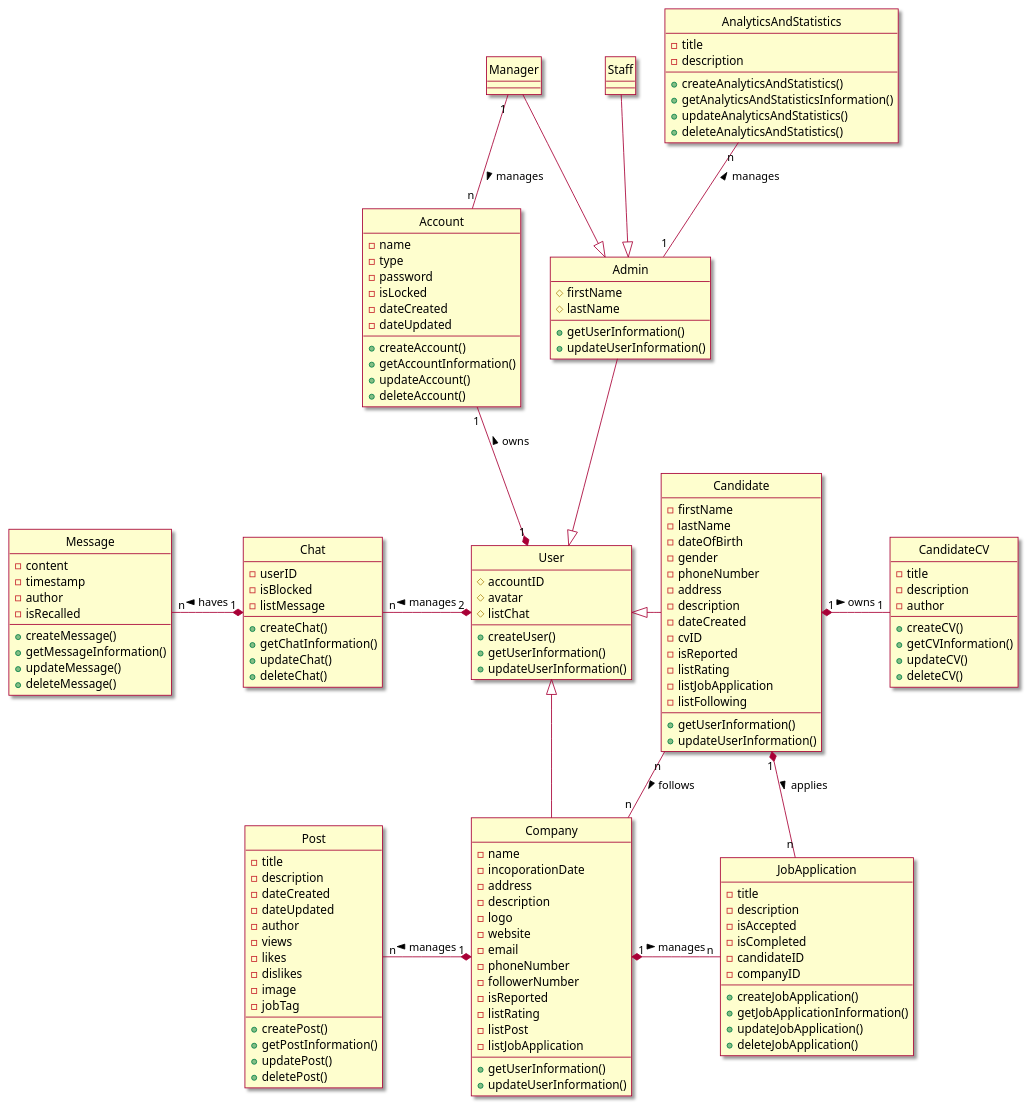
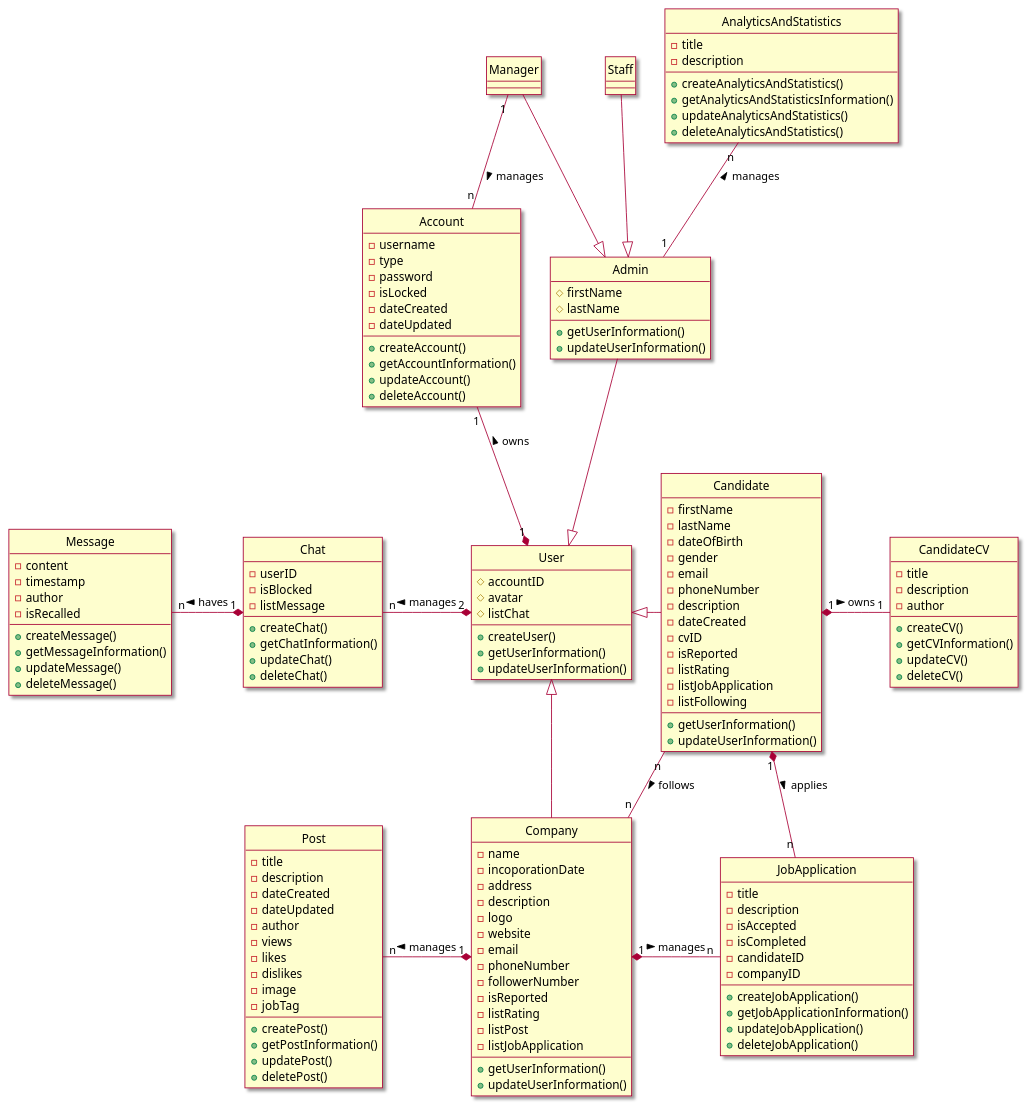
One commit to Griselda4774/EAS-EmploymentAssistanceSystem changed the diagram in Lab1/Lab 1.2 Diagram/Class/FileUML/ClassDiagram.puml. Above: the diagram before and after it, drawn with PlantUML. The commit also changed 3 other files, not shown here.

Commit message:
Update some diagram

```diff
--- a/Lab1/Lab 1.2 Diagram/Class/FileUML/ClassDiagram.puml
+++ b/Lab1/Lab 1.2 Diagram/Class/FileUML/ClassDiagram.puml
@@ -1,165 +1,165 @@
 @startuml ClassDiagram
 
 hide circle
 skin rose
 
 class Account {
-    -name
+    -username
     -type
     -password
     -isLocked
     -dateCreated
     -dateUpdated
     +createAccount()
     +getAccountInformation()
     +updateAccount()
     +deleteAccount()
 }
 
 class User {
     #accountID
     #avatar
     #listChat
     +createUser()
     +getUserInformation()
     +updateUserInformation()
 }
 
 class Admin {
     #firstName
     #lastName
     +getUserInformation()
     +updateUserInformation()
 }
 
 class Candidate {
     -firstName
     -lastName
     -dateOfBirth
     -gender
+    -email
     -phoneNumber
-    -address
     -description
     -dateCreated
     -cvID
     -isReported
     -listRating
     -listJobApplication
     -listFollowing
     +getUserInformation()
     +updateUserInformation()
 }
 
 class Company {
     -name
     -incoporationDate
     -address
     -description
     -logo
     -website
     -email
     -phoneNumber
     -followerNumber
     -isReported
     -listRating
     -listPost
     -listJobApplication
     +getUserInformation()
     +updateUserInformation()
 }
 
 class Staff {
 
 }
 
 class Manager {
 
 }
 
 class Post {
     -title
     -description
     -dateCreated
     -dateUpdated
     -author
     -views
     -likes
     -dislikes
     -image
     -jobTag
     +createPost()
     +getPostInformation()
     +updatePost()
     +deletePost()
 }
 
 class CandidateCV {
     -title
     -description
     -author
     +createCV()
     +getCVInformation()
     +updateCV()
     +deleteCV()
 }
 
 class JobApplication {
     -title
     -description
     -isAccepted
     -isCompleted
     -candidateID
     -companyID
     +createJobApplication()
     +getJobApplicationInformation()
     +updateJobApplication()
     +deleteJobApplication()
 }
 
 class Chat {
     -userID
     -isBlocked
     -listMessage
     +createChat()
     +getChatInformation()
     +updateChat()
     +deleteChat()
 }
 
 class Message {
     -content
     -timestamp
     -author
     -isRecalled
     +createMessage()
     +getMessageInformation()
     +updateMessage()
     +deleteMessage()
 }
 
 class AnalyticsAndStatistics {
     -title
     -description
     +createAnalyticsAndStatistics()
     +getAnalyticsAndStatisticsInformation()
     +updateAnalyticsAndStatistics()
     +deleteAnalyticsAndStatistics()
 }
 
 Account "1" --* "1" User: owns <
 Admin --|> User
 User <|-right- Candidate
 User <|-- Company
 Staff --|> Admin
 Manager --|> Admin
 AnalyticsAndStatistics "n" -- "1" Admin: manages <
 Manager "1" -- "n" Account: manages >
 Post "n" -right-* "1" Company: manages <
 Chat "n" -right-* "2" User: manages <
 Message "n" -right-* "1" Chat: haves <
 CandidateCV "1" -left-* "1" Candidate: owns <
 JobApplication "n" -left-* "1" Company: manages <
 Candidate "n" -- "n" Company: follows >
 Candidate "1" *-- "n" JobApplication: applies >
 
 @enduml
```
